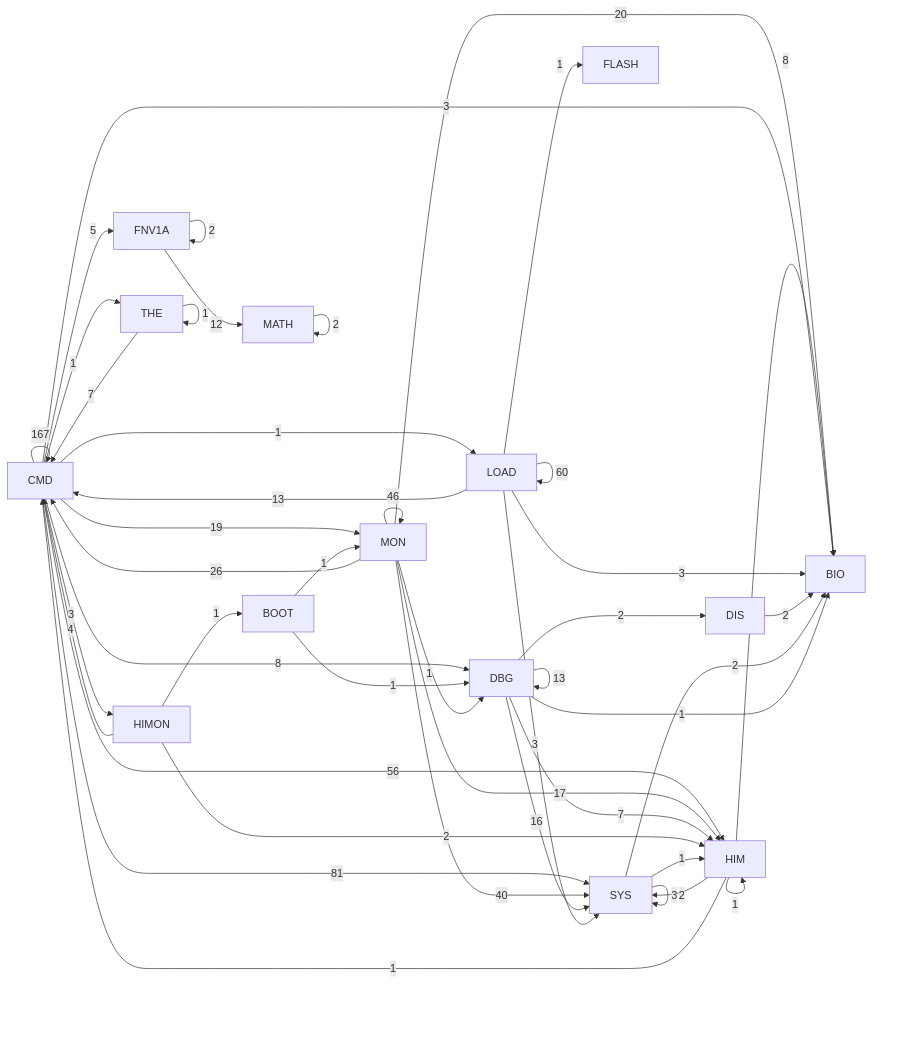
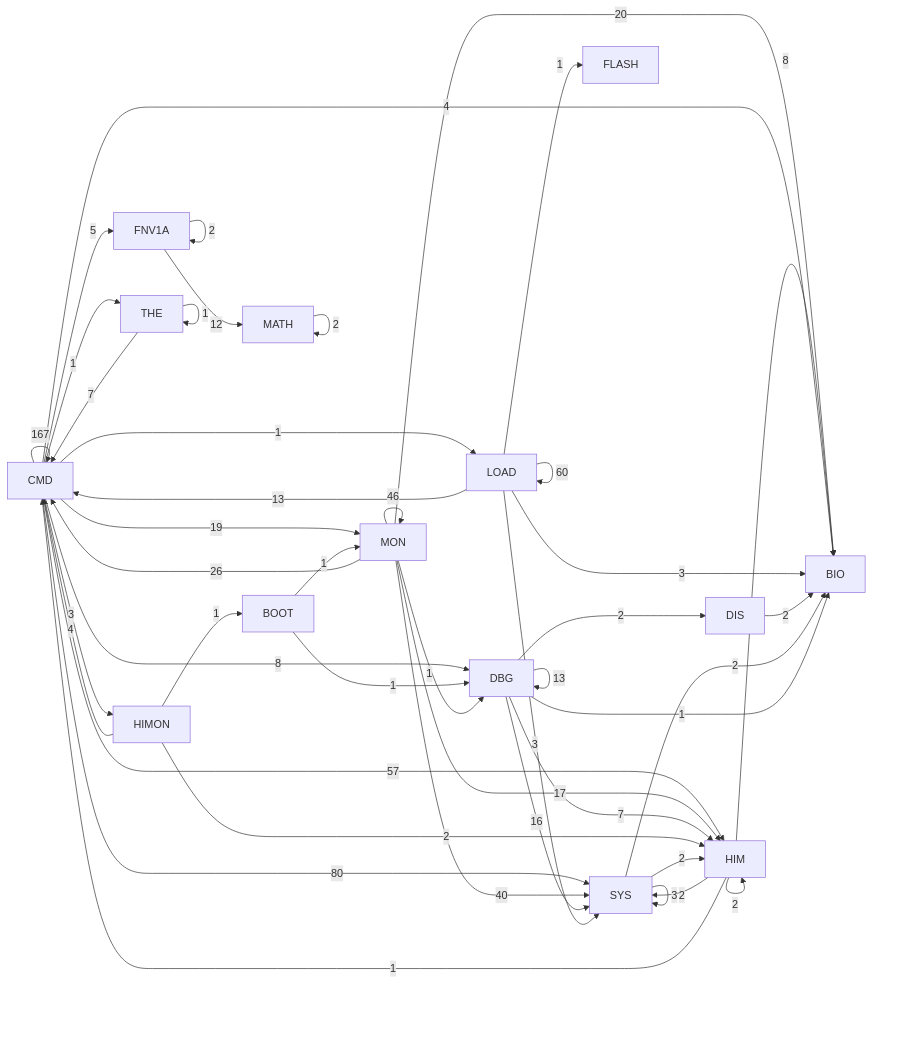
Before and after one commit to 95westus/R-YORS: the diagram in DOC/GENERATED/HIMON_SUPPORT_MAP.md, drawn with Mermaid. The commit also changed other lines of this file and 19 other files, not shown here.

````diff
--- a/DOC/GENERATED/HIMON_SUPPORT_MAP.md
+++ b/DOC/GENERATED/HIMON_SUPPORT_MAP.md
@@ -10,47 +10,47 @@
 ```mermaid
 flowchart LR
     P_CMD[CMD] -->|167| P_CMD[CMD]
-    P_CMD[CMD] -->|81| P_SYS[SYS]
+    P_CMD[CMD] -->|80| P_SYS[SYS]
     P_LOAD[LOAD] -->|60| P_LOAD[LOAD]
-    P_CMD[CMD] -->|56| P_HIM[HIM]
+    P_CMD[CMD] -->|57| P_HIM[HIM]
     P_MON[MON] -->|46| P_MON[MON]
     P_MON[MON] -->|40| P_SYS[SYS]
     P_MON[MON] -->|26| P_CMD[CMD]
     P_MON[MON] -->|20| P_BIO[BIO]
     P_CMD[CMD] -->|19| P_MON[MON]
     P_MON[MON] -->|17| P_HIM[HIM]
     P_DBG[DBG] -->|16| P_SYS[SYS]
     P_DBG[DBG] -->|13| P_DBG[DBG]
     P_LOAD[LOAD] -->|13| P_CMD[CMD]
     P_FNV1A[FNV1A] -->|12| P_MATH[MATH]
     P_CMD[CMD] -->|8| P_DBG[DBG]
     P_HIM[HIM] -->|8| P_BIO[BIO]
     P_DBG[DBG] -->|7| P_HIM[HIM]
     P_THE[THE] -->|7| P_CMD[CMD]
     P_CMD[CMD] -->|5| P_FNV1A[FNV1A]
+    P_CMD[CMD] -->|4| P_BIO[BIO]
     P_HIMON[HIMON] -->|4| P_CMD[CMD]
-    P_CMD[CMD] -->|3| P_BIO[BIO]
     P_CMD[CMD] -->|3| P_HIMON[HIMON]
     P_LOAD[LOAD] -->|3| P_BIO[BIO]
     P_LOAD[LOAD] -->|3| P_SYS[SYS]
     P_SYS[SYS] -->|3| P_SYS[SYS]
     P_DBG[DBG] -->|2| P_DIS[DIS]
     P_DIS[DIS] -->|2| P_BIO[BIO]
     P_FNV1A[FNV1A] -->|2| P_FNV1A[FNV1A]
+    P_HIM[HIM] -->|2| P_HIM[HIM]
     P_HIM[HIM] -->|2| P_SYS[SYS]
     P_HIMON[HIMON] -->|2| P_HIM[HIM]
     P_MATH[MATH] -->|2| P_MATH[MATH]
     P_SYS[SYS] -->|2| P_BIO[BIO]
+    P_SYS[SYS] -->|2| P_HIM[HIM]
     P_BOOT[BOOT] -->|1| P_DBG[DBG]
     P_BOOT[BOOT] -->|1| P_MON[MON]
     P_CMD[CMD] -->|1| P_LOAD[LOAD]
     P_CMD[CMD] -->|1| P_THE[THE]
     P_DBG[DBG] -->|1| P_BIO[BIO]
     P_HIM[HIM] -->|1| P_CMD[CMD]
-    P_HIM[HIM] -->|1| P_HIM[HIM]
     P_HIMON[HIMON] -->|1| P_BOOT[BOOT]
     P_LOAD[LOAD] -->|1| P_FLASH[FLASH]
     P_MON[MON] -->|1| P_DBG[DBG]
-    P_SYS[SYS] -->|1| P_HIM[HIM]
     P_THE[THE] -->|1| P_THE[THE]
 ```
````
